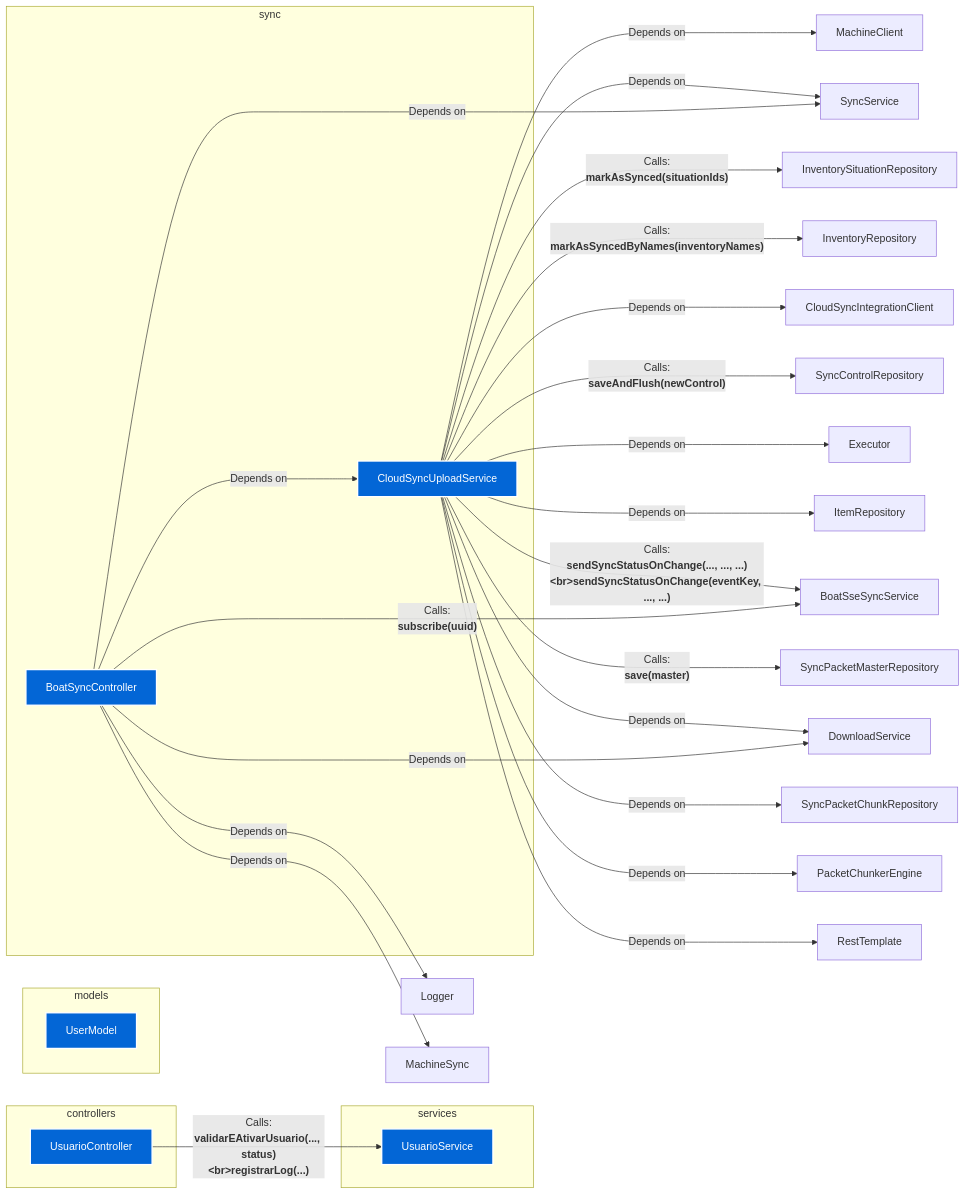
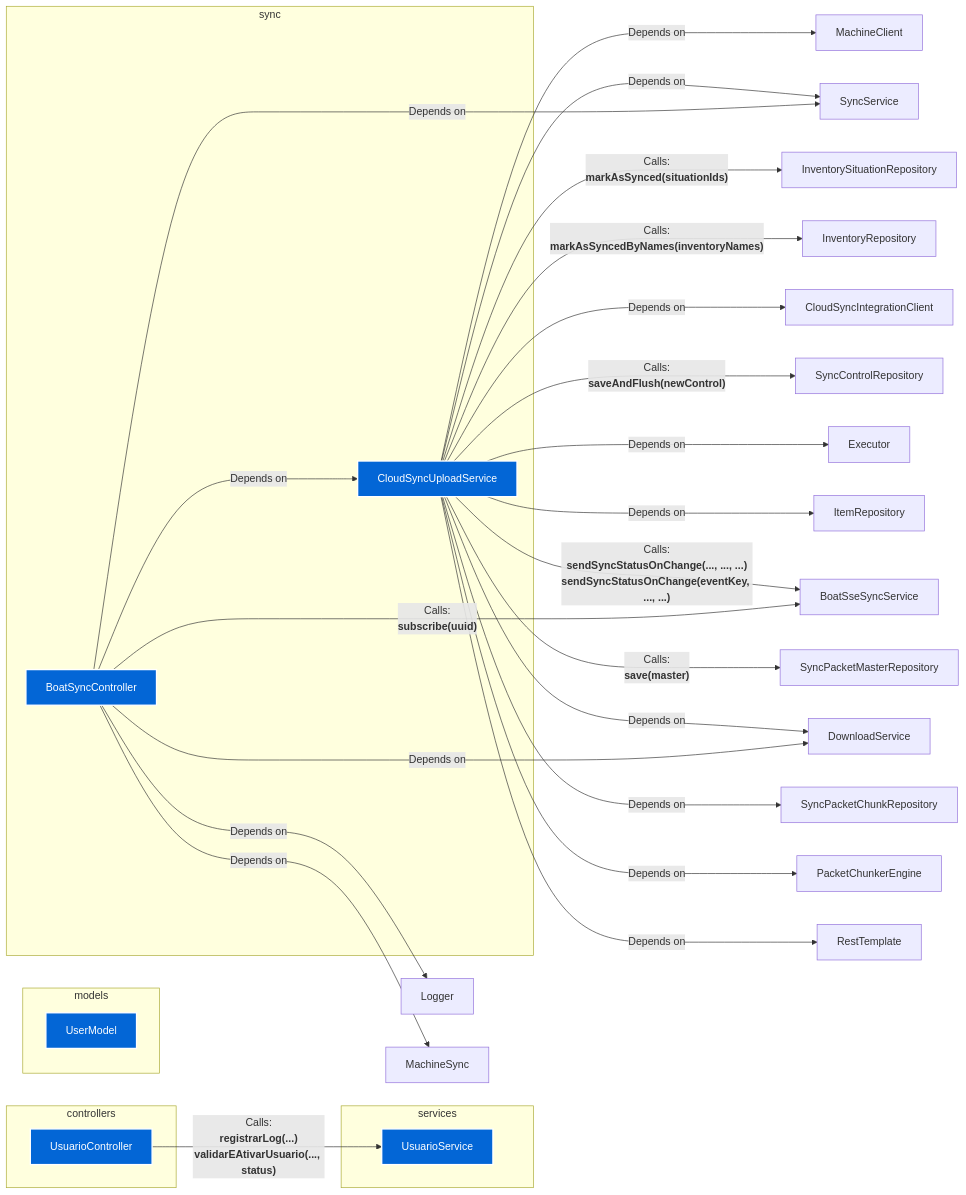
The diagram in docs/00_Architecture_Overview.md (FelipeMCassiano/geanky), drawn with Mermaid before and after one commit. The commit also changed 6 other files, not shown here.

```diff
--- a/docs/00_Architecture_Overview.md
+++ b/docs/00_Architecture_Overview.md
@@ -50,7 +50,7 @@
         
         
         
-            UsuarioController -->|"Calls:<br><b>validarEAtivarUsuario(..., status)&lt;br&gt;registrarLog(...)</b>"| UsuarioService
+            UsuarioController -->|"Calls:<br><b>registrarLog(...)<br>validarEAtivarUsuario(..., status)</b>"| UsuarioService
         
 
     
@@ -208,7 +208,7 @@
         
         
         
-            CloudSyncUploadService -->|"Calls:<br><b>sendSyncStatusOnChange(..., ..., ...)&lt;br&gt;sendSyncStatusOnChange(eventKey, ..., ...)</b>"| BoatSseSyncService
+            CloudSyncUploadService -->|"Calls:<br><b>sendSyncStatusOnChange(..., ..., ...)<br>sendSyncStatusOnChange(eventKey, ..., ...)</b>"| BoatSseSyncService
         
 
     
```
